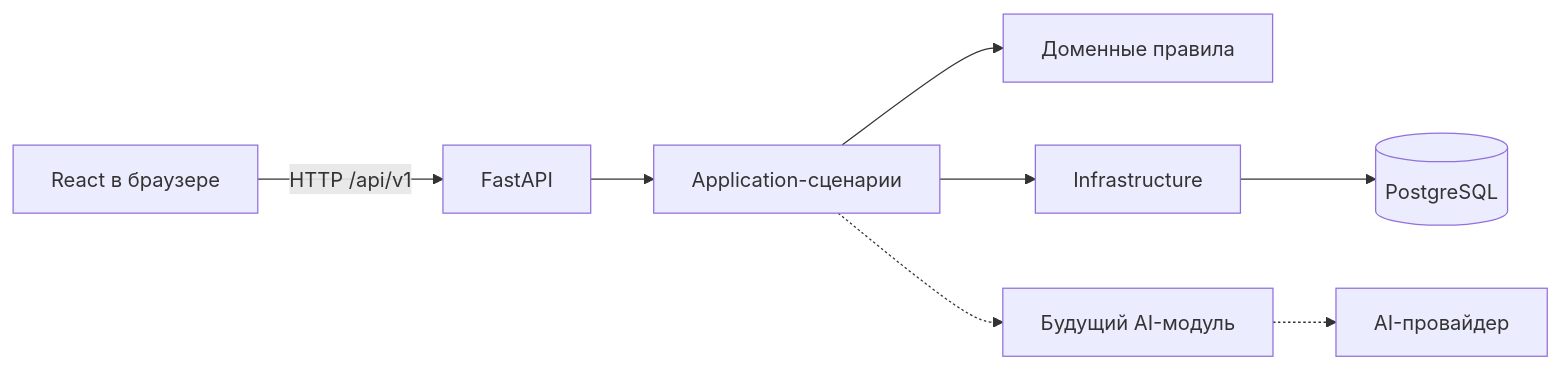
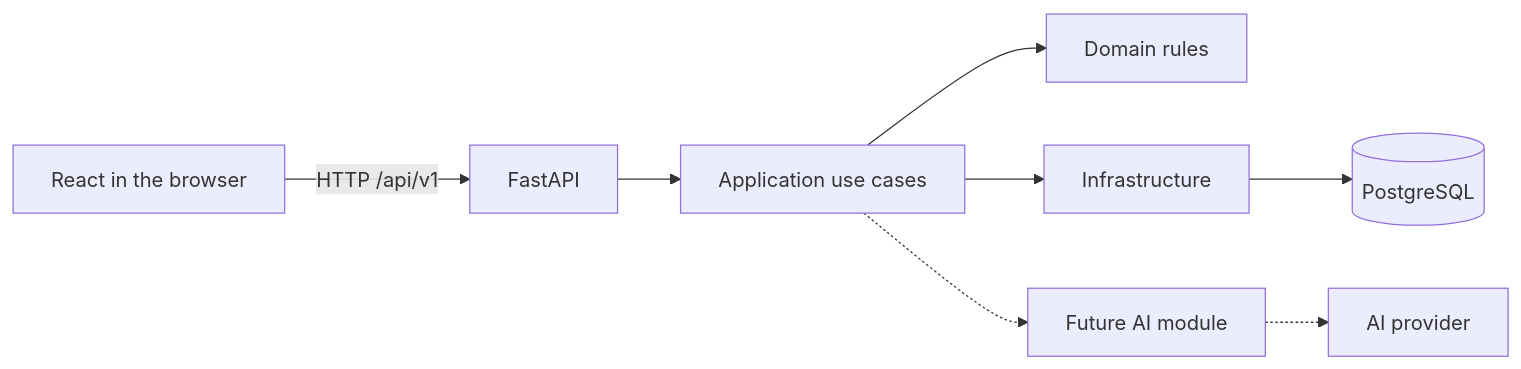
The diagram in about/STAGE_0_FOUNDATION.md (lamarireal/MyCRM), drawn with Mermaid before and after one commit. The commit also changed other lines of this file and 8 other files, not shown here.

````diff
--- a/about/STAGE_0_FOUNDATION.md
+++ b/about/STAGE_0_FOUNDATION.md
@@ -73,10 +74,10 @@
 ```mermaid
 flowchart LR
-    Browser["React в браузере"] -->|HTTP /api/v1| API["FastAPI"]
-    API --> Application["Application-сценарии"]
-    Application --> Domain["Доменные правила"]
+    Browser["React in the browser"] -->|HTTP /api/v1| API["FastAPI"]
+    API --> Application["Application use cases"]
+    Application --> Domain["Domain rules"]
     Application --> Infrastructure["Infrastructure"]
     Infrastructure --> PostgreSQL[("PostgreSQL")]
-    Application -.-> AI["Будущий AI-модуль"]
-    AI -.-> Provider["AI-провайдер"]
+    Application -.-> AI["Future AI module"]
+    AI -.-> Provider["AI provider"]
 ```
````
